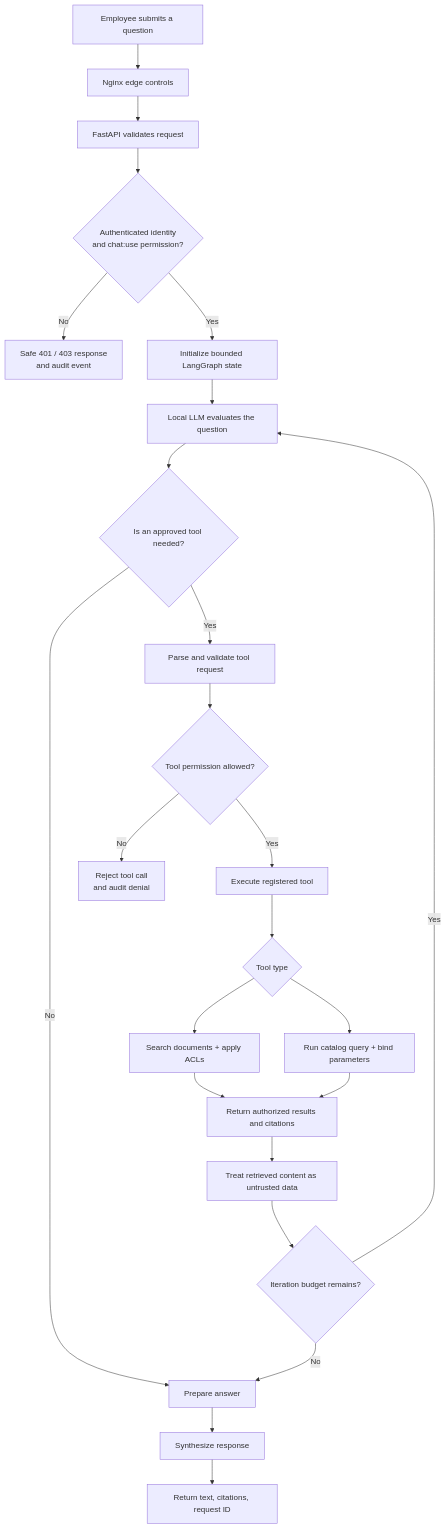
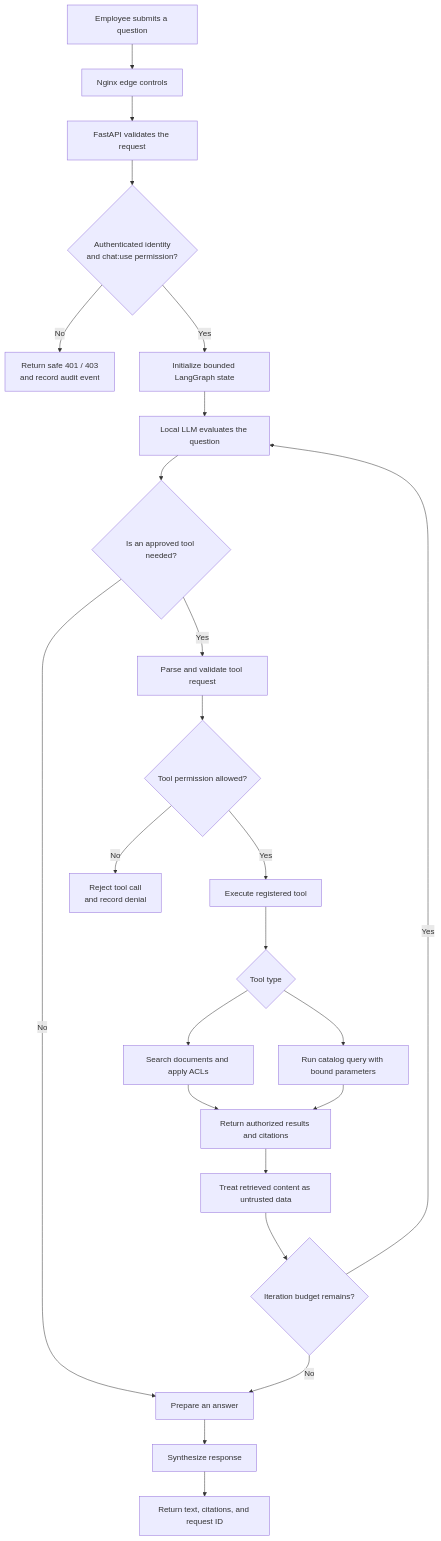
The second of 4 diagrams in README.md (NithinGJ2005/AeroGrid_AI), drawn with Mermaid before and after one commit. The commit also changed other lines of this file, not shown here.

````diff
--- a/README.md
+++ b/README.md
@@ -75,26 +76,26 @@
 ```mermaid
 flowchart TD
- A[Employee submits a question] --> B[Nginx edge controls]
- B --> C[FastAPI validates request]
- C --> D{Authenticated identity<br/>and chat:use permission?}
- D -- No --> E[Safe 401 / 403 response<br/>and audit event]
- D -- Yes --> F[Initialize bounded LangGraph state]
- F --> G[Local LLM evaluates the question]
- G --> H{Is an approved tool needed?}
- H -- No --> I[Prepare answer]
- H -- Yes --> J[Parse and validate tool request]
- J --> K{Tool permission allowed?}
- K -- No --> L[Reject tool call<br/>and audit denial]
- K -- Yes --> M[Execute registered tool]
- M --> N{Tool type}
- N --> O[Search documents + apply ACLs]
- N --> P[Run catalog query + bind parameters]
- O --> Q[Return authorized results and citations]
- P --> Q
- Q --> R[Treat retrieved content as untrusted data]
- R --> S{Iteration budget remains?}
- S -- Yes --> G
- S -- No --> I
- I --> T[Synthesize response]
- T --> U[Return text, citations, request ID]
+    A[Employee submits a question] --> B[Nginx edge controls]
+    B --> C[FastAPI validates the request]
+    C --> D{Authenticated identity<br/>and chat:use permission?}
+    D -- No --> E[Return safe 401 / 403<br/>and record audit event]
+    D -- Yes --> F[Initialize bounded LangGraph state]
+    F --> G[Local LLM evaluates the question]
+    G --> H{Is an approved tool needed?}
+    H -- No --> I[Prepare an answer]
+    H -- Yes --> J[Parse and validate tool request]
+    J --> K{Tool permission allowed?}
+    K -- No --> L[Reject tool call<br/>and record denial]
+    K -- Yes --> M[Execute registered tool]
+    M --> N{Tool type}
+    N --> O[Search documents and apply ACLs]
+    N --> P[Run catalog query with bound parameters]
+    O --> Q[Return authorized results and citations]
+    P --> Q
+    Q --> R[Treat retrieved content as untrusted data]
+    R --> S{Iteration budget remains?}
+    S -- Yes --> G
+    S -- No --> I
+    I --> T[Synthesize response]
+    T --> U[Return text, citations, and request ID]
 ```
````
